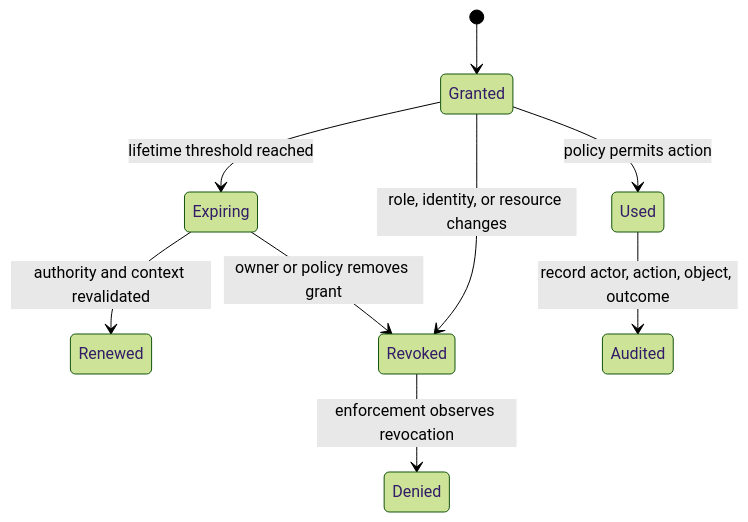
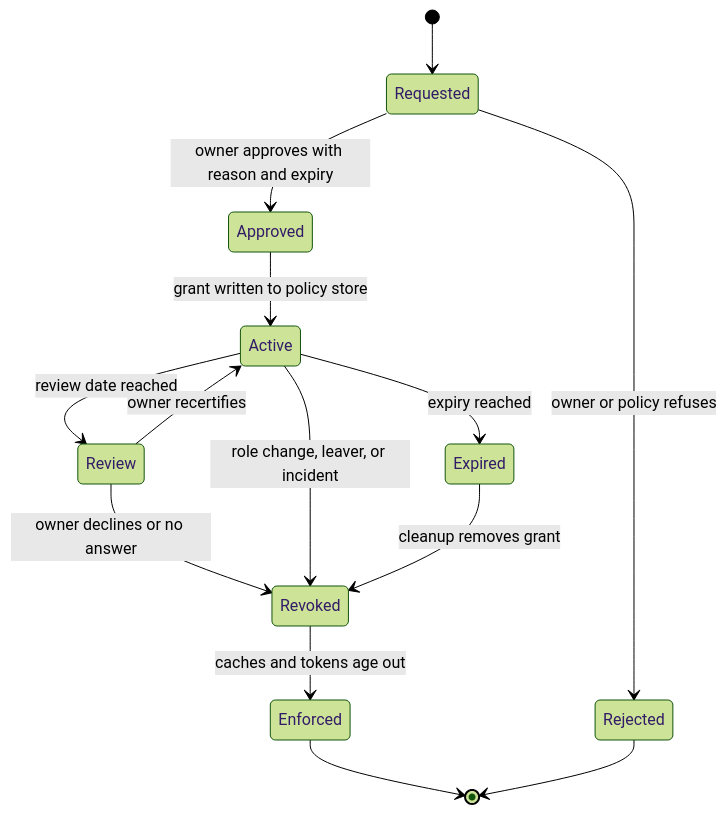
One commit to joydasss/Architect changed the tenth of 13 diagrams in 15_Security/CH03_Authorization.md. Above: the diagram before and after it, drawn with Mermaid (forest theme). The commit also changed other lines of this file and 295 other files, not shown here.

````diff
--- a/15_Security/CH03_Authorization.md
+++ b/15_Security/CH03_Authorization.md
@@ -80,11 +530,16 @@
 ```mermaid
 stateDiagram-v2
-    [*] --> Granted
-    Granted --> Used: policy permits action
-    Granted --> Expiring: lifetime threshold reached
-    Expiring --> Renewed: authority and context revalidated
-    Expiring --> Revoked: owner or policy removes grant
-    Granted --> Revoked: role, identity, or resource changes
-    Revoked --> Denied: enforcement observes revocation
-    Used --> Audited: record actor, action, object, outcome
+    [*] --> Requested
+    Requested --> Approved: owner approves with reason and expiry
+    Requested --> Rejected: owner or policy refuses
+    Approved --> Active: grant written to policy store
+    Active --> Review: review date reached
+    Review --> Active: owner recertifies
+    Review --> Revoked: owner declines or no answer
+    Active --> Expired: expiry reached
+    Active --> Revoked: role change, leaver, or incident
+    Expired --> Revoked: cleanup removes grant
+    Revoked --> Enforced: caches and tokens age out
+    Enforced --> [*]
+    Rejected --> [*]
 ```
````
